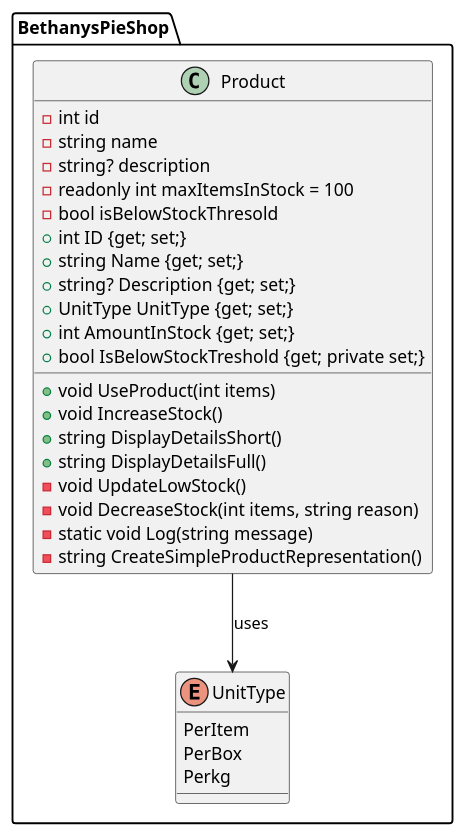
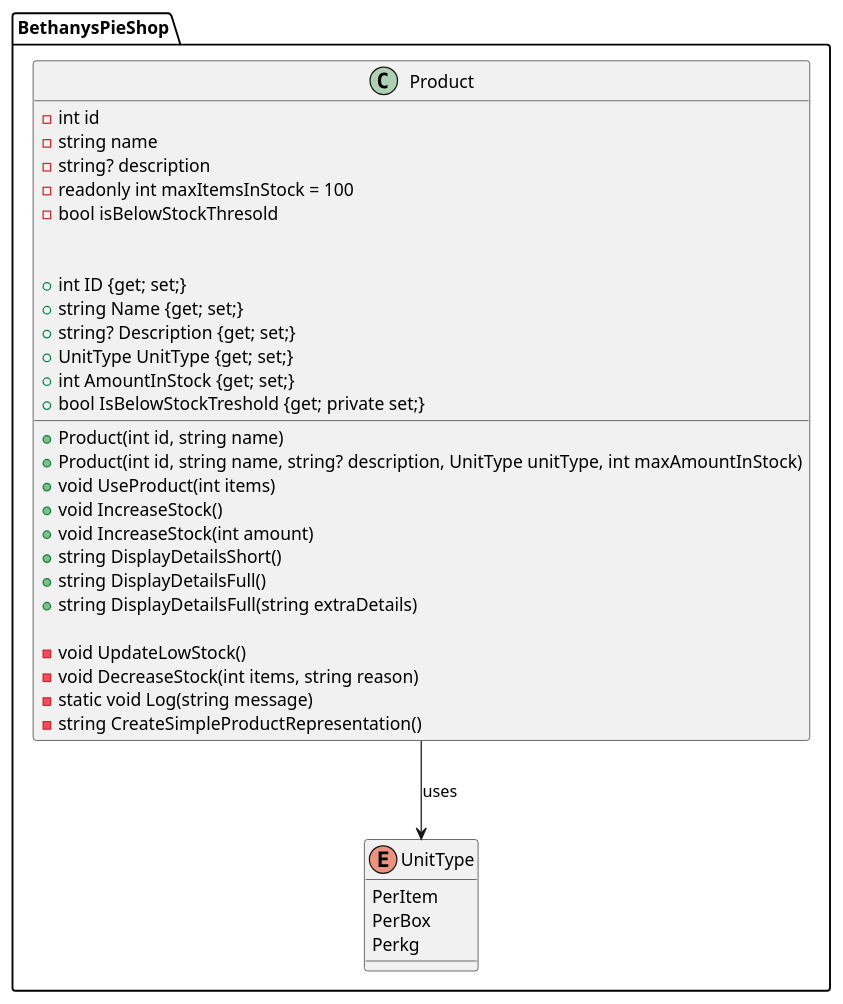
Before and after one commit to koustavmandal95/OPPSInCsharp: the diagram in BethanysPieShop/Documentation/Product.puml, drawn with PlantUML. The commit also changed 7 other files, not shown here.

```diff
--- a/BethanysPieShop/Documentation/Product.puml
+++ b/BethanysPieShop/Documentation/Product.puml
@@ -1,34 +1,42 @@
 @startuml Product Class Diagram
 
 package "BethanysPieShop" {
     class Product {
         - int id
         - string name
         - string? description
         - readonly int maxItemsInStock = 100
         - bool isBelowStockThresold
+
+        + Product(int id, string name)
+        + Product(int id, string name, string? description, UnitType unitType, int maxAmountInStock)
+
         + int ID {get; set;}
         + string Name {get; set;}
         + string? Description {get; set;}
         + UnitType UnitType {get; set;}
         + int AmountInStock {get; set;}
         + bool IsBelowStockTreshold {get; private set;}
+
         + void UseProduct(int items)
         + void IncreaseStock()
+        + void IncreaseStock(int amount)
         + string DisplayDetailsShort()
         + string DisplayDetailsFull()
+        + string DisplayDetailsFull(string extraDetails)
+
         - void UpdateLowStock()
         - void DecreaseStock(int items, string reason)
         - static void Log(string message)
         - string CreateSimpleProductRepresentation()
     }
 
     enum UnitType {
         PerItem
         PerBox
         Perkg
     }
 }
 
 Product --> UnitType : uses
 @enduml
```
